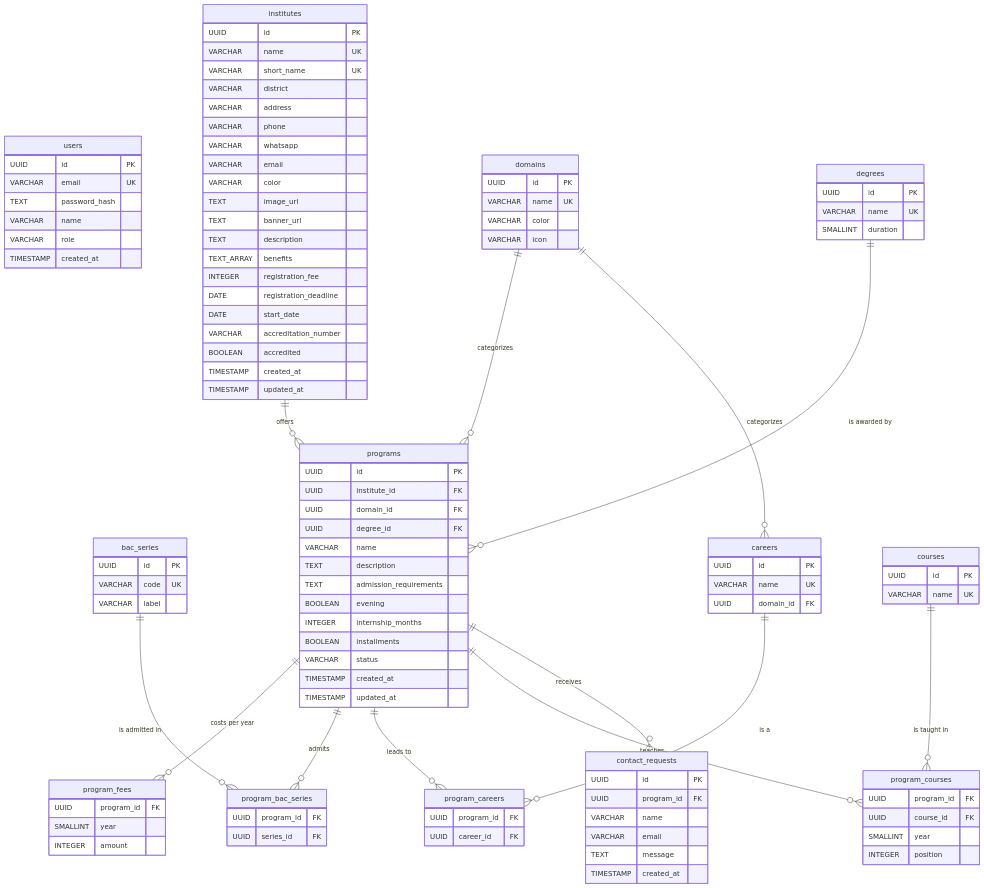
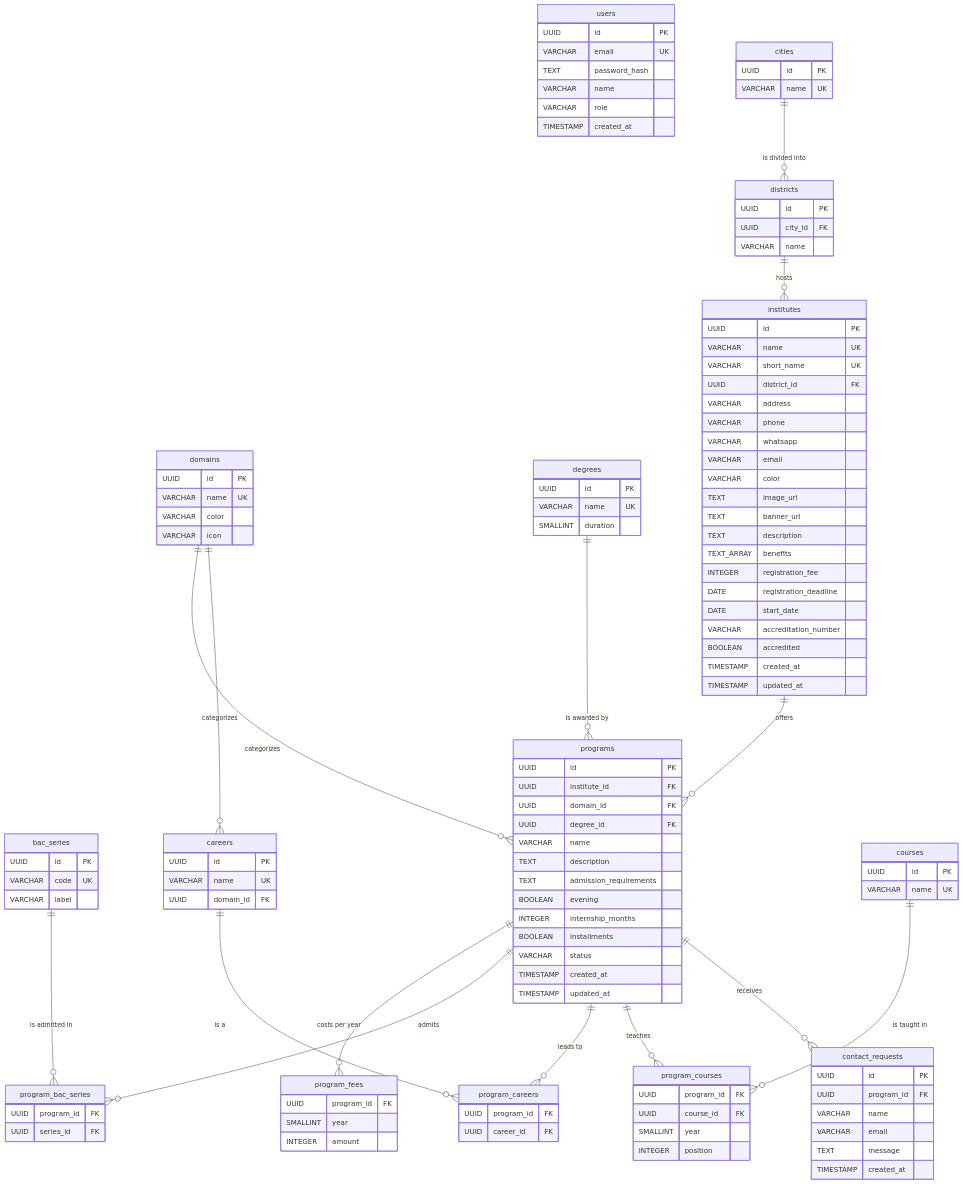
Before and after one commit to Flammeduciel/s17-squad15-orienta: the diagram in docs/schema.md, drawn with Mermaid. The commit also changed other lines of this file and 21 other files, not shown here.

```diff
--- a/docs/schema.md
+++ b/docs/schema.md
@@ -37,11 +37,22 @@
         VARCHAR label
     }
 
+    cities {
+        UUID id PK
+        VARCHAR name UK
+    }
+
+    districts {
+        UUID id PK
+        UUID city_id FK
+        VARCHAR name
+    }
+
     institutes {
         UUID id PK
         VARCHAR name UK
         VARCHAR short_name UK
-        VARCHAR district
+        UUID district_id FK
         VARCHAR address
         VARCHAR phone
         VARCHAR whatsapp
@@ -119,6 +130,8 @@
         TIMESTAMP created_at
     }
 
+    cities ||--o{ districts : "is divided into"
+    districts ||--o{ institutes : "hosts"
     institutes ||--o{ programs : "offers"
     domains ||--o{ programs : "categorizes"
     degrees ||--o{ programs : "is awarded by"
```
